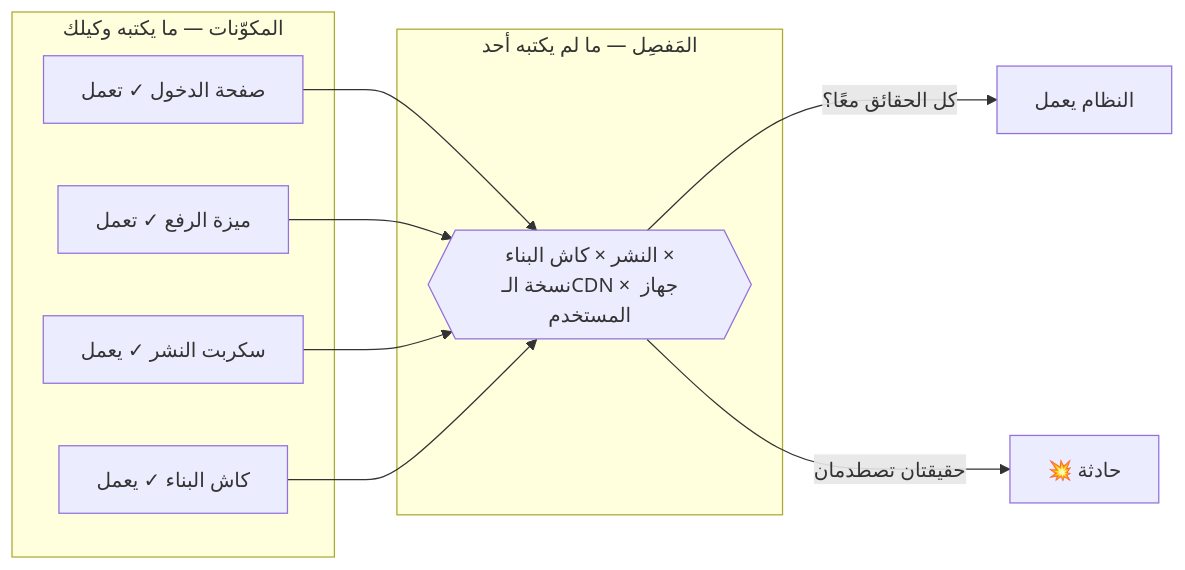
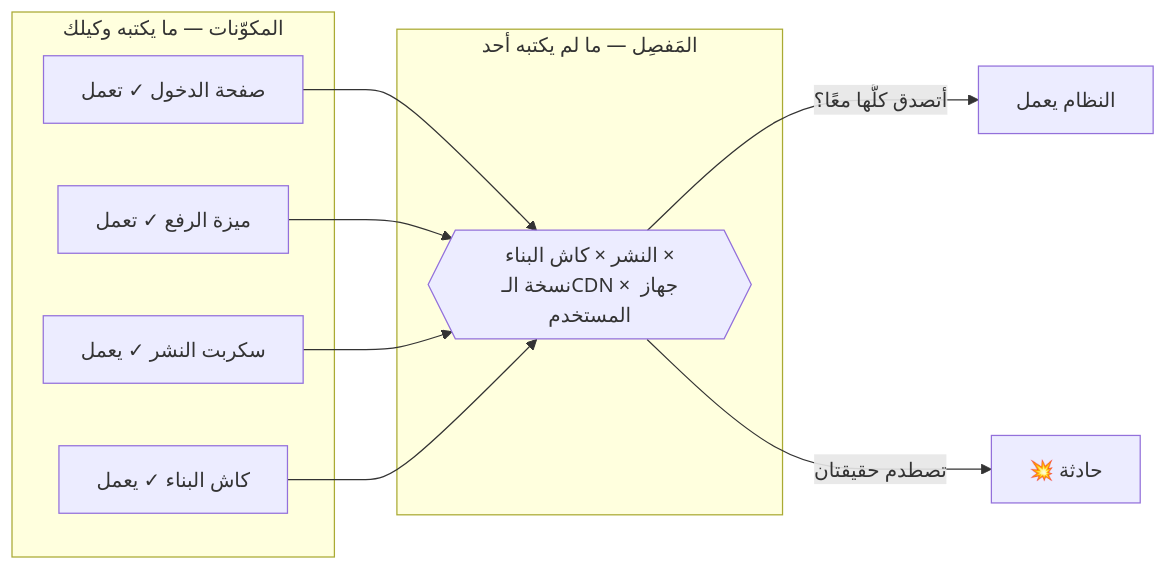
One commit to Tamoura/system-design-for-vibe-coders changed the first of 3 diagrams in modules/0-the-gap/the-gap.ar.md. Above: the diagram before and after it, drawn with Mermaid. The commit also changed other lines of this file and 1 other file, not shown here.

Commit message:
Rewrite Part 0 & Module 0 Arabic in natural flowing register

````diff
--- a/modules/0-the-gap/the-gap.ar.md
+++ b/modules/0-the-gap/the-gap.ar.md
@@ -21,15 +21,15 @@
 ```mermaid
 flowchart LR
     subgraph comp["المكوّنات — ما يكتبه وكيلك"]
         A["صفحة الدخول ✓ تعمل"]
         B["ميزة الرفع ✓ تعمل"]
         C["سكربت النشر ✓ يعمل"]
         D["كاش البناء ✓ يعمل"]
     end
     subgraph seam["المَفصِل — ما لم يكتبه أحد"]
         S{{"النشر × كاش البناء ×<br/>نسخة الـCDN × جهاز المستخدم"}}
     end
     A & B & C & D --> S
-    S -->|"كل الحقائق معًا؟"| OK["النظام يعمل"]
-    S -->|"حقيقتان تصطدمان"| BOOM["💥 حادثة"]
+    S -->|"أتصدق كلُّها معًا؟"| OK["النظام يعمل"]
+    S -->|"تصطدم حقيقتان"| BOOM["💥 حادثة"]
 ```
````
